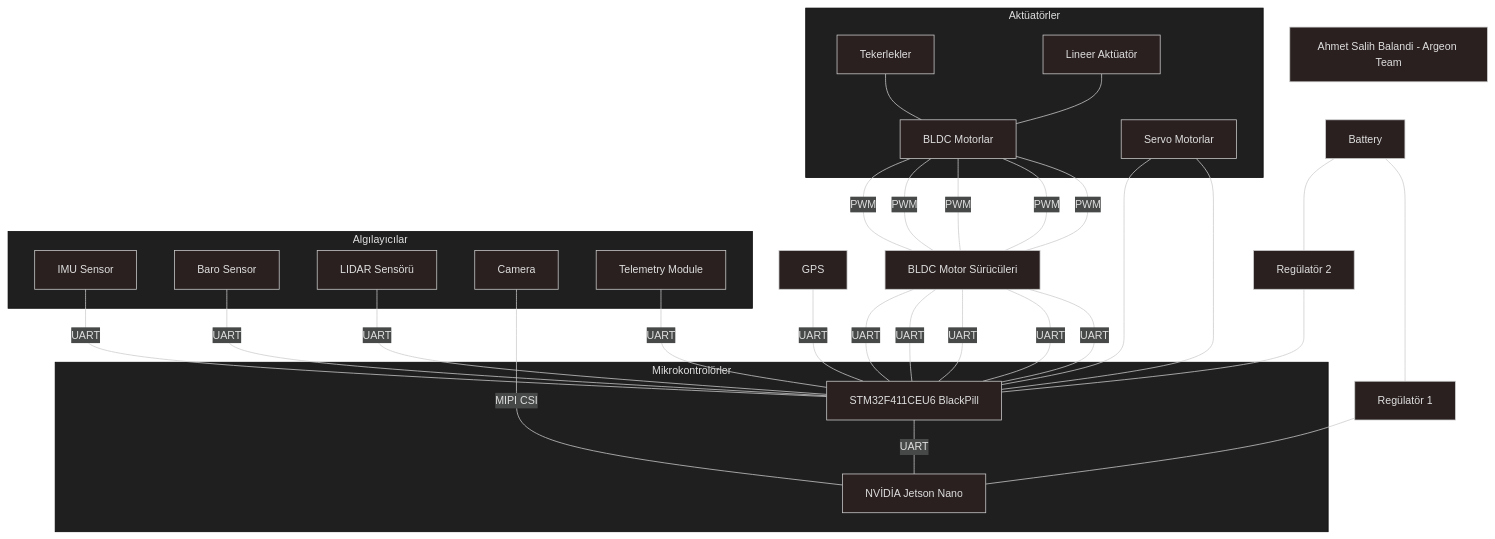
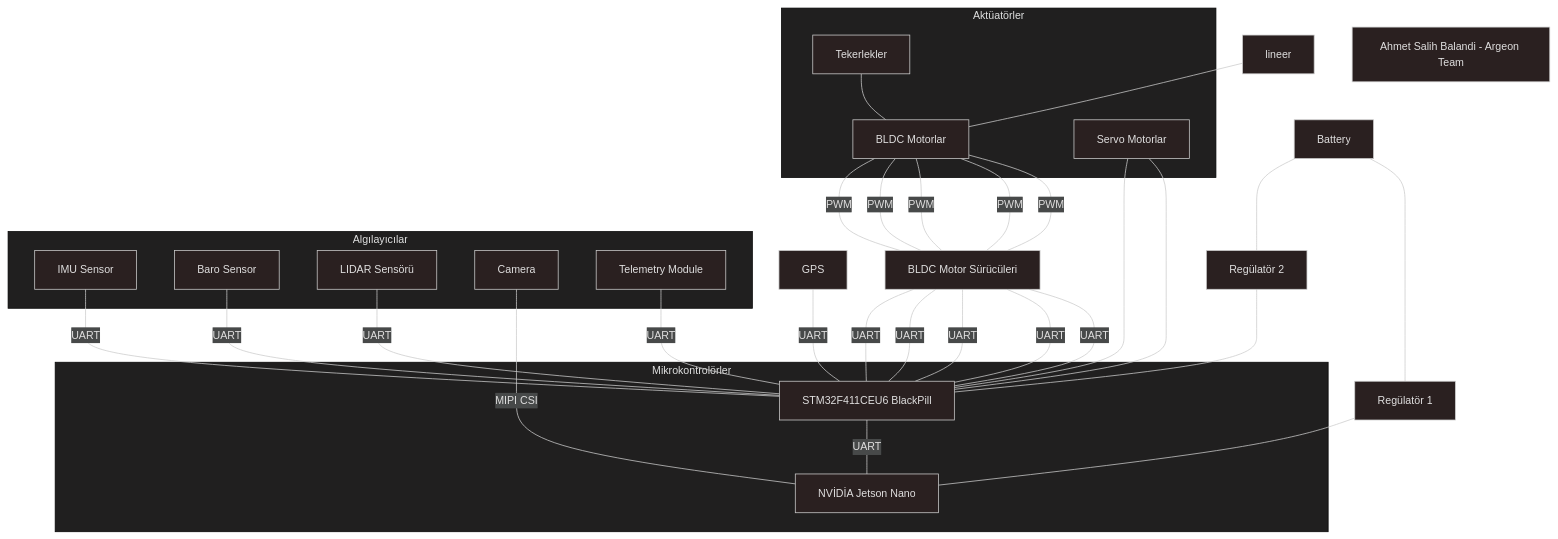
Before and after one commit to ahmetsalihbalandi/autopilot: the diagram in autopilot_diagram.md, drawn with Mermaid.

````diff
--- a/autopilot_diagram.md
+++ b/autopilot_diagram.md
@@ -1,39 +1,38 @@
 ```mermaid
 ---
 config:
   theme: neo-dark
 ---
 flowchart TD
  subgraph s1["Mikrokontrolörler"]
         Jetson_Nano["NVİDİA Jetson Nano"]
         STM["STM32F411CEU6 BlackPill"]
   end
  subgraph s2["Algılayıcılar"]
         IMU["IMU Sensor"]
         Baro["Baro Sensor"]
         LIDAR["LIDAR Sensörü"]
         Camera["Camera"]
         Telemetry["Telemetry Module"]
   end
  subgraph s3["Aktüatörler"]
         Motors["BLDC Motorlar"]
         sMotors["Servo Motorlar"]
 	teker["Tekerlekler"]
-	lineer["Lineer Aktüatör"]
   end
     lineer & teker --- Motors -- PWM --- Drivers["BLDC Motor Sürücüleri"] & Drivers & Drivers & Drivers & Drivers
     Drivers -- UART --- STM & STM & STM & STM & STM
     LIDAR -- UART --- STM
     IMU -- UART --- STM
     Baro -- UART --- STM
     Telemetry -- UART --- STM
     GPS -- UART --- STM
     Camera -- MIPI CSI --- Jetson_Nano
     STM -- UART --- Jetson_Nano
     Battery["Battery"] --- Regulator1["Regülatör 1"] & Regulator2["Regülatör 2"]
     Regulator1 --- Jetson_Nano
     Regulator2 --- STM
     sMotors --- STM & STM
 classDef footer fill:none,stroke:none,color:#000, font-style:italic;
 footer["Ahmet Salih Balandi - Argeon Team"]
 ```
````
